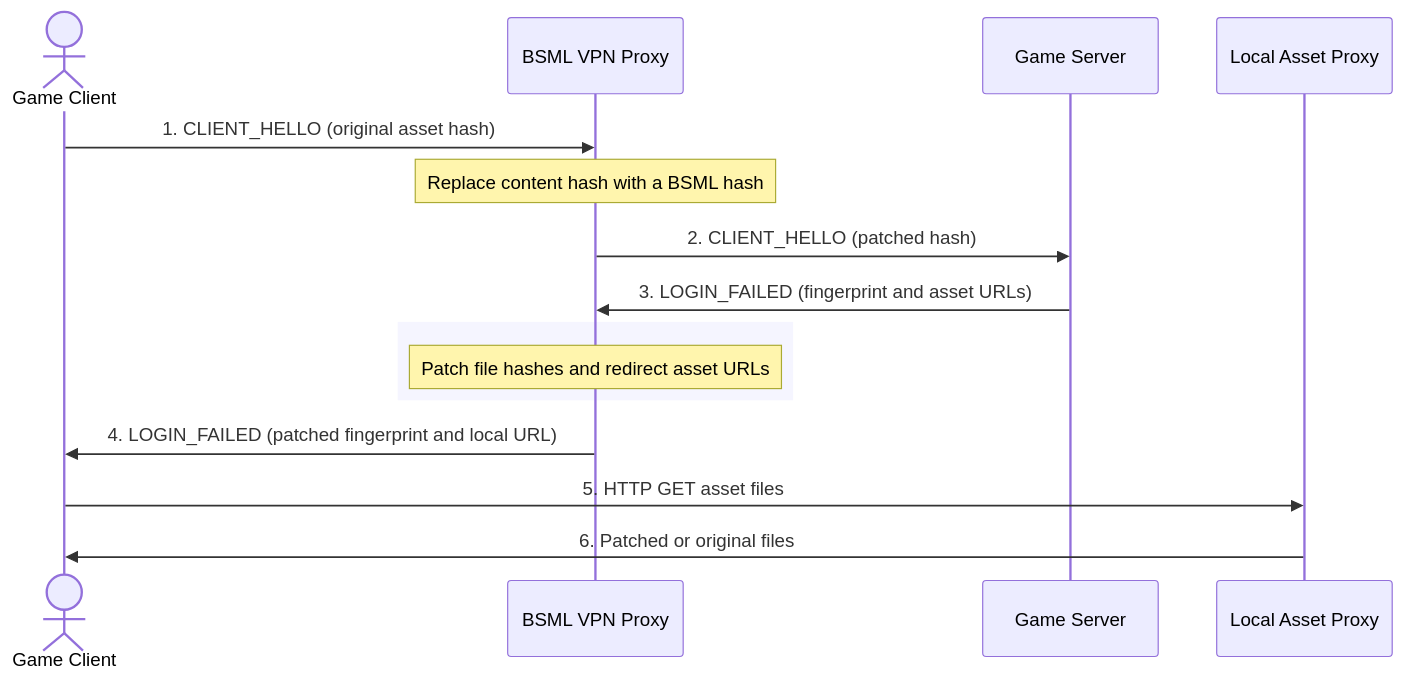
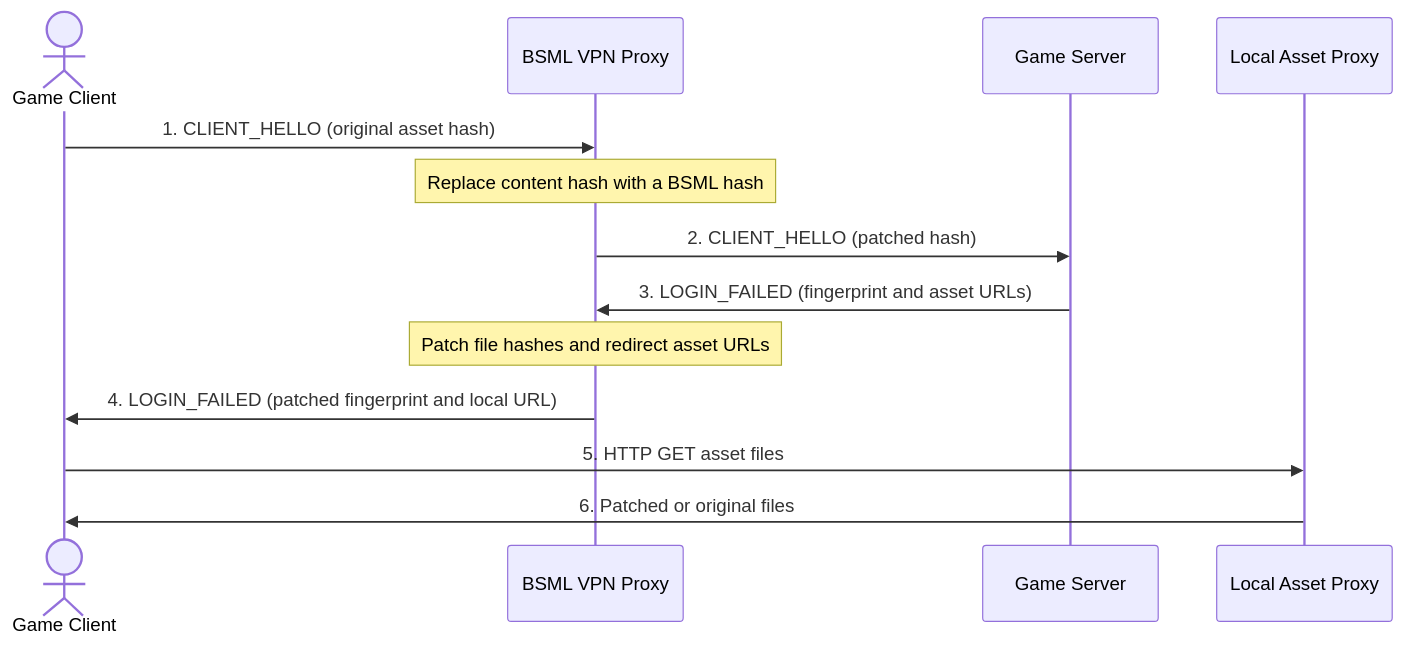
Before and after one commit to lilmuff2/bsml: the diagram in README_EN.md, drawn with Mermaid.

Commit message:
Refactor README_EN.md for clarity and formatting

````diff
--- a/README_EN.md
+++ b/README_EN.md
@@ -13,20 +13,18 @@
 ```mermaid
 sequenceDiagram
     actor Game as Game Client
     participant Proxy as BSML VPN Proxy
     participant Server as Game Server
     participant CDN as Local Asset Proxy
 
     Game->>Proxy: 1. CLIENT_HELLO (original asset hash)
     Note over Proxy: Replace content hash with a BSML hash
     Proxy->>Server: 2. CLIENT_HELLO (patched hash)
 
     Server->>Proxy: 3. LOGIN_FAILED (fingerprint and asset URLs)
-    rect rgb(245, 245, 255)
-        Note over Proxy: Patch file hashes and redirect asset URLs
-    end
+    Note over Proxy: Patch file hashes and redirect asset URLs
     Proxy->>Game: 4. LOGIN_FAILED (patched fingerprint and local URL)
 
     Game->>CDN: 5. HTTP GET asset files
     CDN->>Game: 6. Patched or original files
 ```
````
